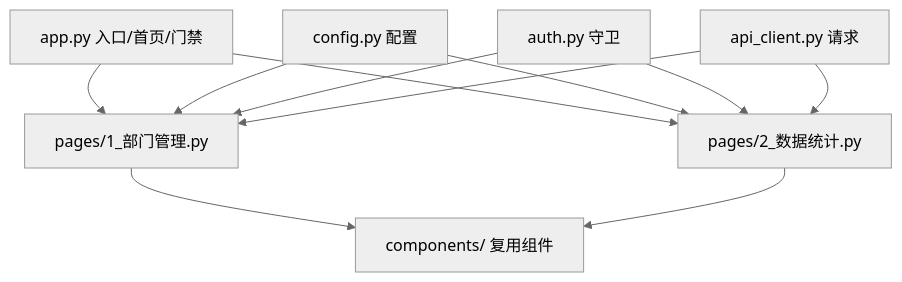
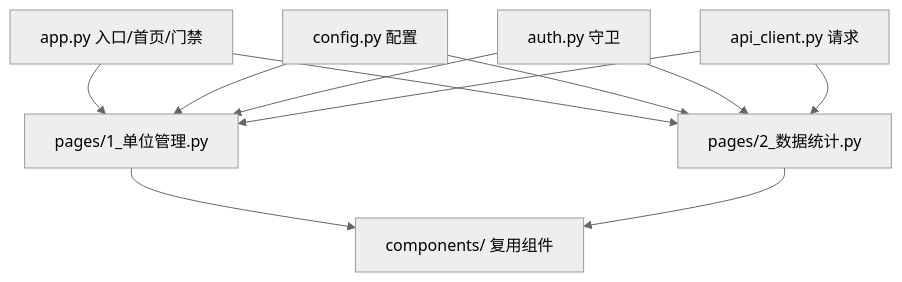
Before and after one commit to PrinZzzzjn/software-engineering-textbook: the diagram in 软件工程实践-2.0/17-前端页面设计.md, drawn with Mermaid (neutral theme). The commit also changed other lines of this file and 78 other files, not shown here.

````diff
--- a/软件工程实践-2.0/17-前端页面设计.md
+++ b/软件工程实践-2.0/17-前端页面设计.md
@@ -105,13 +109,13 @@
 ```mermaid
 flowchart TD
-    A[app.py 入口/首页/门禁] --> B[pages/1_部门管理.py]
+    A[app.py 入口/首页/门禁] --> B[pages/1_单位管理.py]
     A --> C[pages/2_数据统计.py]
     B --> D[components/ 复用组件]
     C --> D
     E[config.py 配置] --> B
     E --> C
     F[auth.py 守卫] --> B
     F --> C
     G[api_client.py 请求] --> B
     G --> C
 ```
````
